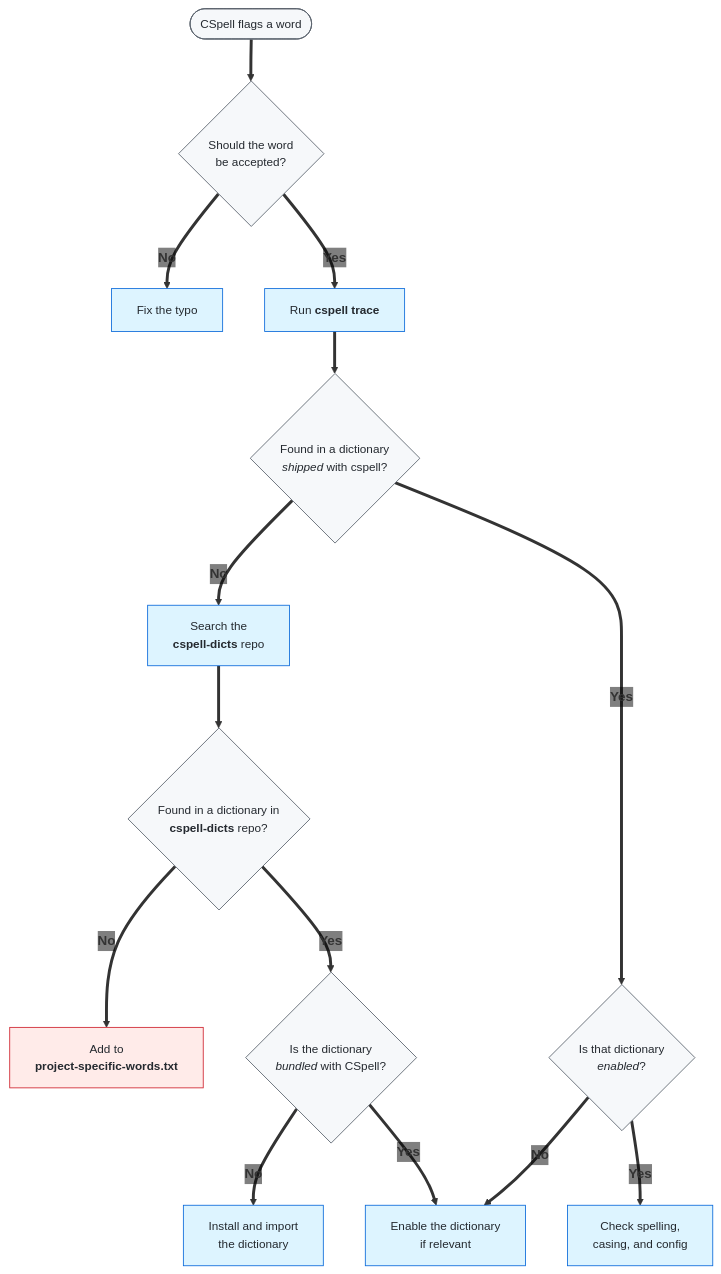
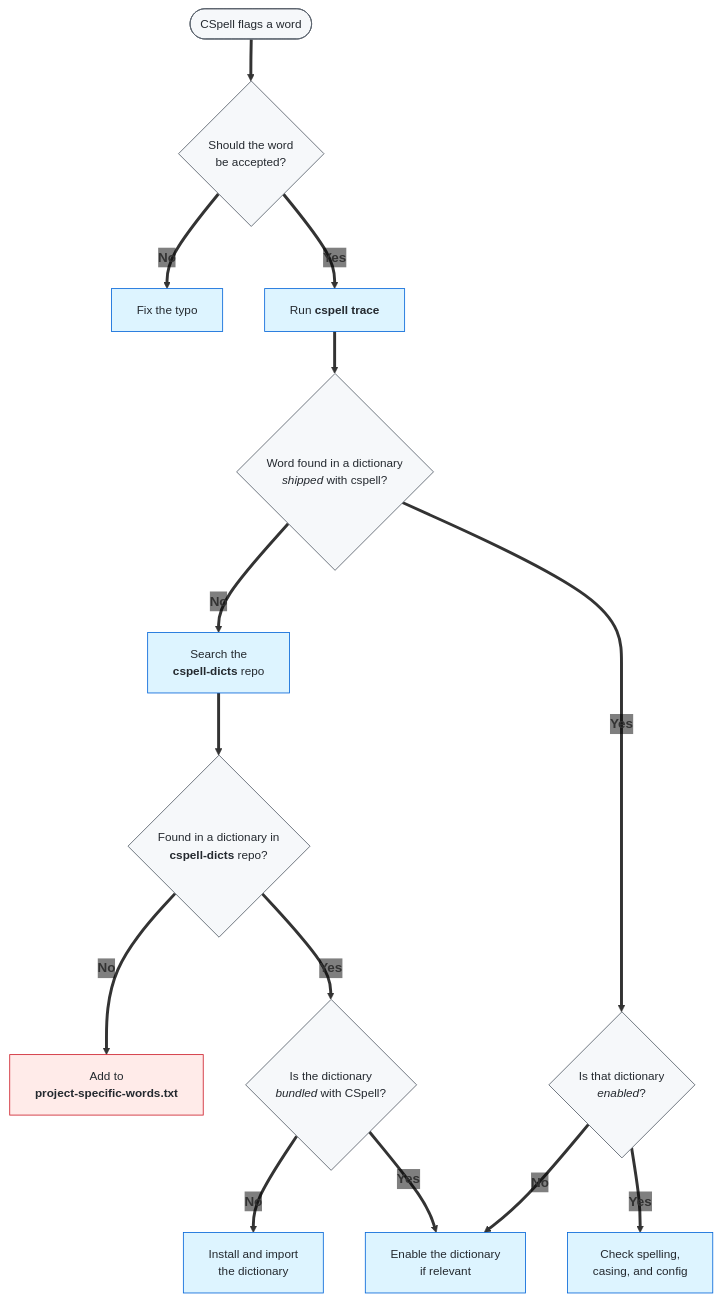
The diagram in .config/cspell/README.md (ScilifelabDataCentre/data-centre-template), drawn with Mermaid before and after one commit.

Commit message:
word found, not just found

````diff
--- a/.config/cspell/README.md
+++ b/.config/cspell/README.md
@@ -74,36 +74,36 @@
 ```mermaid
 ---
 config:
   themeVariables:
     edgeLabelBackground: transparent
 ---
 flowchart TD
     A([CSpell flags a word]) ==> B{Should the word<br/>be accepted?}
 
     B ==>|"`**No**`"| C[Fix the typo]
     B ==>|"`**Yes**`"| D["`Run **cspell trace**`"]
 
-    D ==> E{"`Found in a dictionary<br/>_shipped_ with cspell?`"}
+    D ==> E{"`Word found in a dictionary<br/>_shipped_ with cspell?`"}
 
     E ==>|"`**No**`"| I["`Search the </br> **cspell-dicts** repo`"]
     E ==>|"`**Yes**`"| F{"`Is that dictionary<br/>_enabled_?`"}
 
     F ==>|"`**No**`"| H[Enable the dictionary<br/>if relevant]
     F ==>|"`**Yes**`"| G[Check spelling,<br/>casing, and config]
 
     I ==> J{"`Found in a dictionary in </br> **cspell-dicts** repo?`"}
 
     J ==>|"`**No**`"| M["`Add to <br/> **project-specific-words.txt**`"]
     J ==>|"`**Yes**`"| K{"`Is the dictionary<br/>_bundled_ with CSpell?`"}
 
     K ==>|"`**No**`"| L[Install and import<br/>the dictionary]
     K ==>|"`**Yes**`"| H
 
     classDef neutral fill:#f6f8fa,stroke:#57606a,color:#24292f,font-size:14px;
     classDef do fill:#ddf4ff,stroke:#0969da,color:#24292f,font-size:14px;
     classDef fallback fill:#ffebe9,stroke:#cf222e,color:#24292f,font-size:14px;
 
     class A,B,E,F,J,K neutral; 
     class C,D,G,H,I,L do;
     class M fallback;
 ```
````
